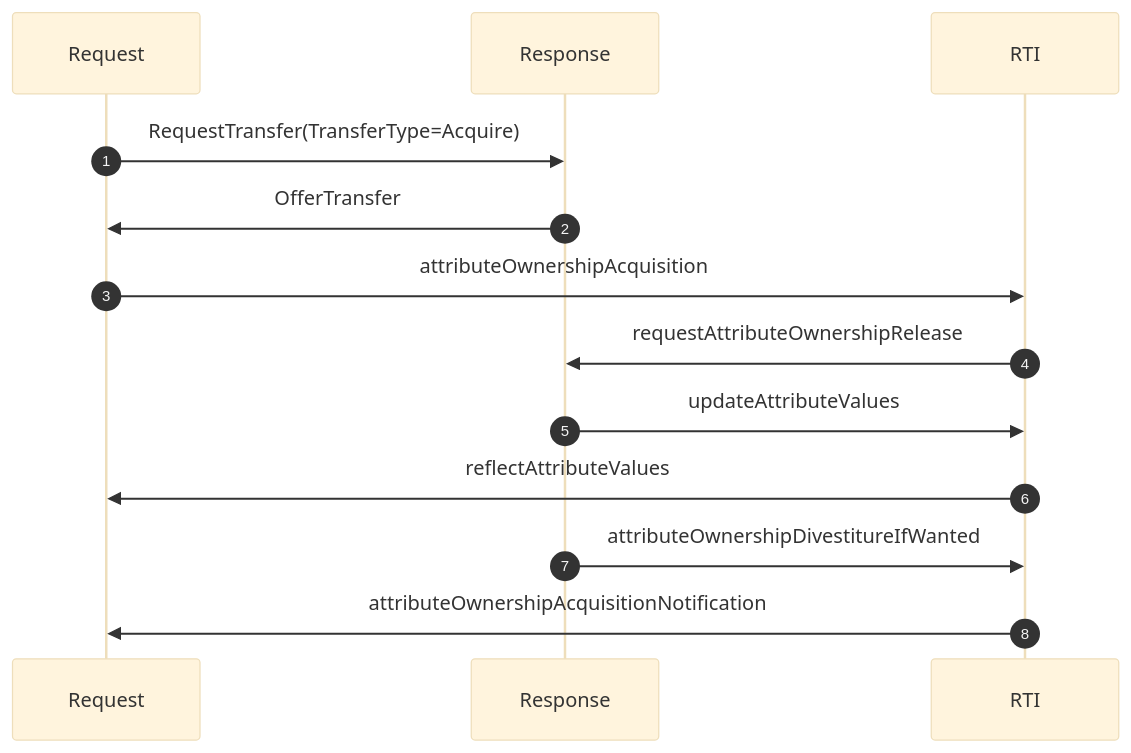
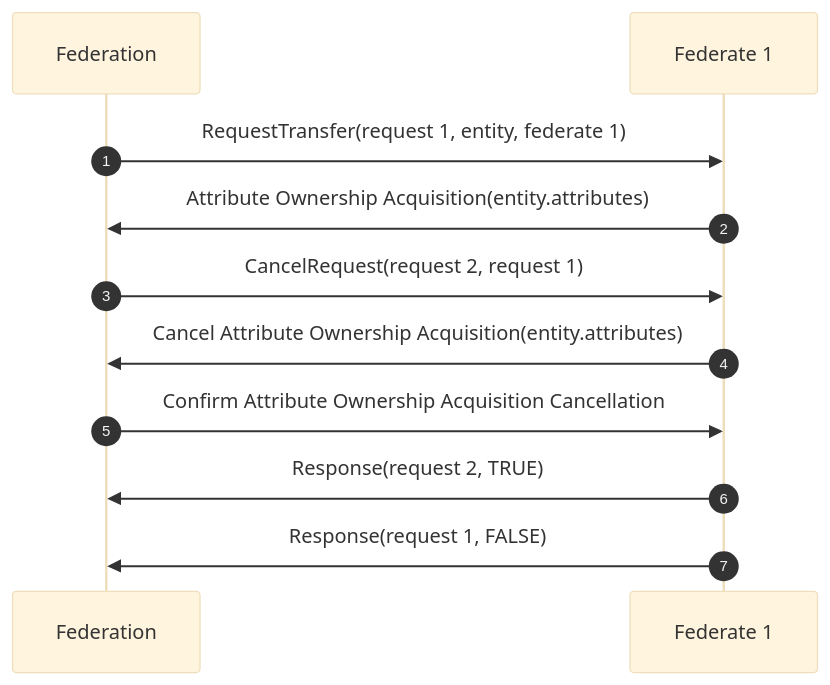
Before and after one commit to AMSP-04/NETN-TMR: the fifth of 8 diagrams in NETN-TMR.md, drawn with Mermaid (base theme). The commit also changed other lines of this file and 3 other files, not shown here.

````diff
--- a/NETN-TMR.md
+++ b/NETN-TMR.md
@@ -89,16 +146,13 @@
 ``` mermaid 
  
-sequenceDiagram 
+sequenceDiagram
 autonumber
- 
-Request ->> Response:RequestTransfer(TransferType=Acquire) 
-Response->>Request:OfferTransfer 
- 
-Request->> RTI:attributeOwnershipAcquisition 
-RTI->>Response:requestAttributeOwnershipRelease 
-Response->>RTI:updateAttributeValues 
-RTI->>Request:reflectAttributeValues 
-Response->>RTI:attributeOwnershipDivestitureIfWanted 
-RTI->>Request:attributeOwnershipAcquisitionNotification 
+Federation ->>Federate 1:RequestTransfer(request 1, entity, federate 1) 
+Federate 1->>Federation:Attribute Ownership Acquisition(entity.attributes) 
+Federation->>Federate 1:CancelRequest(request 2, request 1) 
+Federate 1->>Federation:Cancel Attribute Ownership Acquisition(entity.attributes) 
+Federation->>Federate 1:Confirm Attribute Ownership Acquisition Cancellation
+Federate 1->>Federation:Response(request 2, TRUE) 
+Federate 1->>Federation:Response(request 1, FALSE) 
  
 ``` 
````
